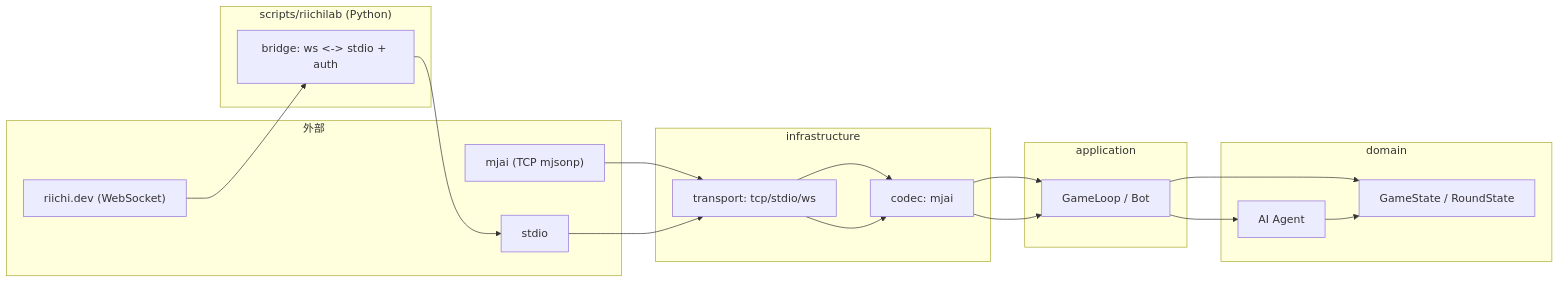
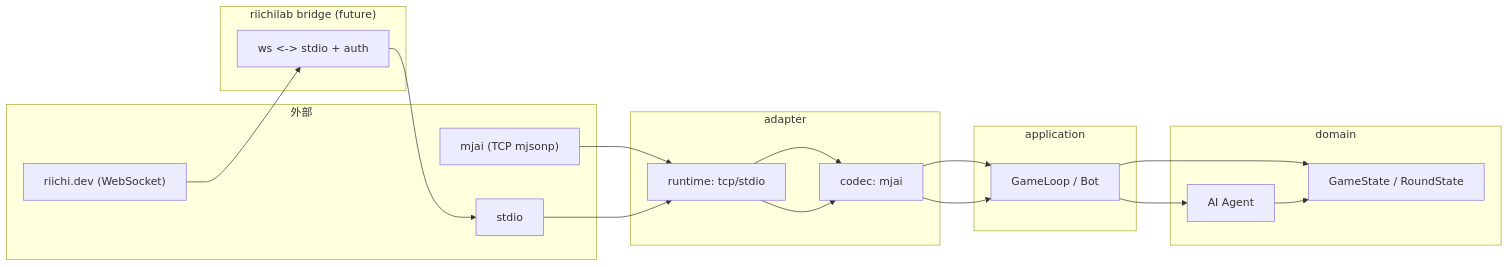
Before and after one commit to Apricot-S/mjai-manue-go: the diagram in docs/design.md, drawn with Mermaid. The commit also changed other lines of this file and 2 other files, not shown here.

````diff
--- a/docs/design.md
+++ b/docs/design.md
@@ -64,32 +62,32 @@
 ```mermaid
 flowchart LR
   subgraph External["外部"]
     MJAI["mjai (TCP mjsonp)"]
     STDIO["stdio"]
     RL["riichi.dev (WebSocket)"]
   end
 
-  subgraph Infra["infrastructure"]
-    T1["transport: tcp/stdio/ws"]
+  subgraph Adapter["adapter"]
+    T1["runtime: tcp/stdio"]
     C1["codec: mjai"]
   end
 
-  subgraph Scripts["scripts/riichilab (Python)"]
-    B1["bridge: ws <-> stdio + auth"]
+  subgraph Bridge["riichilab bridge (future)"]
+    B1["ws <-> stdio + auth"]
   end
 
   subgraph App["application"]
     U1["GameLoop / Bot"]
   end
 
   subgraph Dom["domain"]
     D1["GameState / RoundState"]
     D2["AI Agent"]
   end
 
   MJAI --> T1 --> C1 --> U1 --> D1
   STDIO --> T1 --> C1 --> U1
   RL --> B1 --> STDIO
   U1 --> D2
   D2 --> D1
 ```
````
